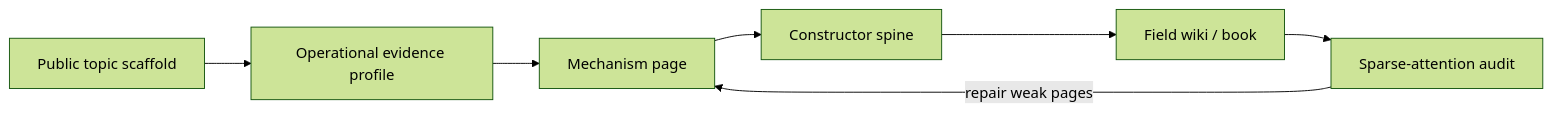
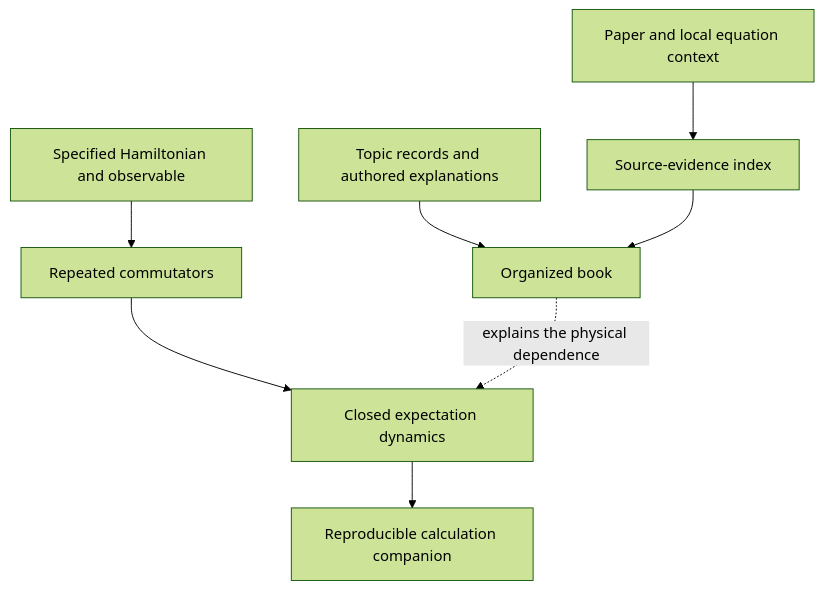
Before and after one commit to synthetix-institute/morphwiki: the diagram in docs/tutorial/index.md, drawn with Mermaid (forest theme). The commit also changed other lines of this file and 18 other files, not shown here.

Commit message:
Add reproducible construction companion and inverse-design tutorial

````diff
--- a/docs/tutorial/index.md
+++ b/docs/tutorial/index.md
@@ -32,9 +49,10 @@
 ```mermaid
-flowchart LR
-    A["Public topic scaffold"] --> B["Operational evidence profile"]
-    B --> C["Mechanism page"]
-    C --> D["Constructor spine"]
-    D --> E["Field wiki / book"]
-    E --> F["Sparse-attention audit"]
-    F -->|"repair weak pages"| C
+flowchart TD
+    P["Paper and local equation context"] --> S["Source-evidence index"]
+    T["Topic records and authored explanations"] --> B["Organized book"]
+    S --> B
+    H["Specified Hamiltonian and observable"] --> C["Repeated commutators"]
+    C --> O["Closed expectation dynamics"]
+    B -. "explains the physical dependence" .-> O
+    O --> R["Reproducible calculation companion"]
 ```
````
